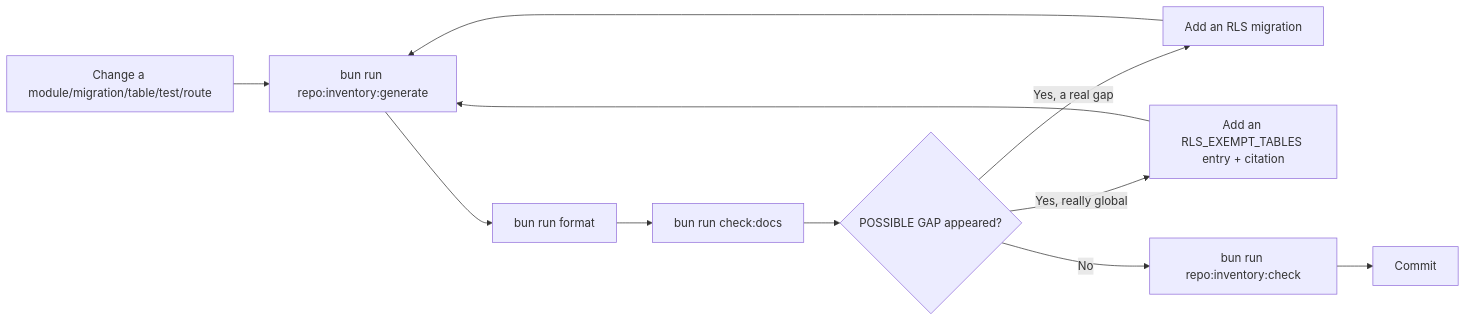
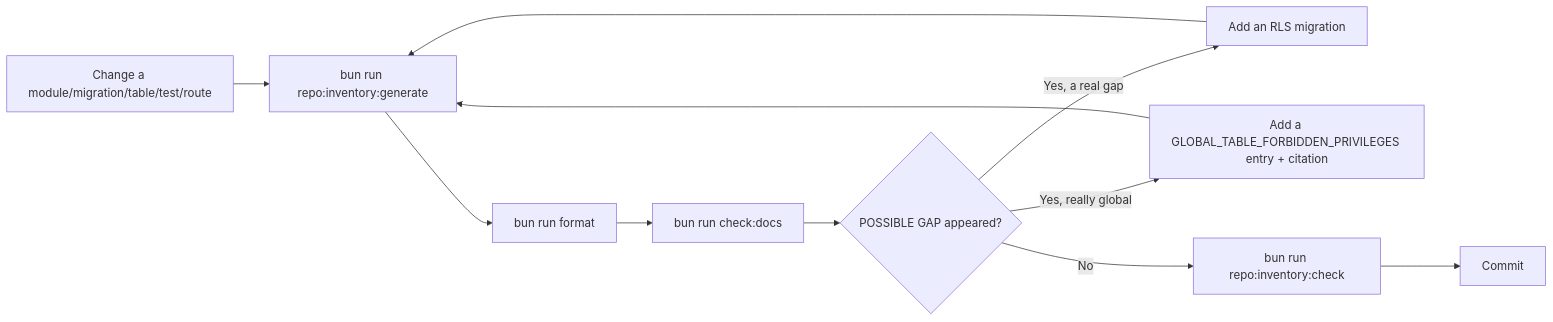
One commit to ahliweb/awcms changed the diagram in .claude/skills/awcms-repo-inventory/SKILL.md. Above: the diagram before and after it, drawn with Mermaid. The commit also changed other lines of this file and 37 other files, not shown here.

````diff
--- a/.claude/skills/awcms-repo-inventory/SKILL.md
+++ b/.claude/skills/awcms-repo-inventory/SKILL.md
@@ -74,13 +82,13 @@
 ```mermaid
 flowchart LR
   A[Change a module/migration/table/test/route] --> B[bun run repo:inventory:generate]
   B --> C[bun run format]
   C --> D[bun run check:docs]
   D --> E{POSSIBLE GAP appeared?}
   E -- Yes, a real gap --> F[Add an RLS migration]
-  E -- Yes, really global --> G[Add an RLS_EXEMPT_TABLES entry + citation]
+  E -- Yes, really global --> G["Add a GLOBAL_TABLE_FORBIDDEN_PRIVILEGES entry + citation"]
   E -- No --> H[bun run repo:inventory:check]
   F --> B
   G --> B
   H --> I[Commit]
 ```
````
